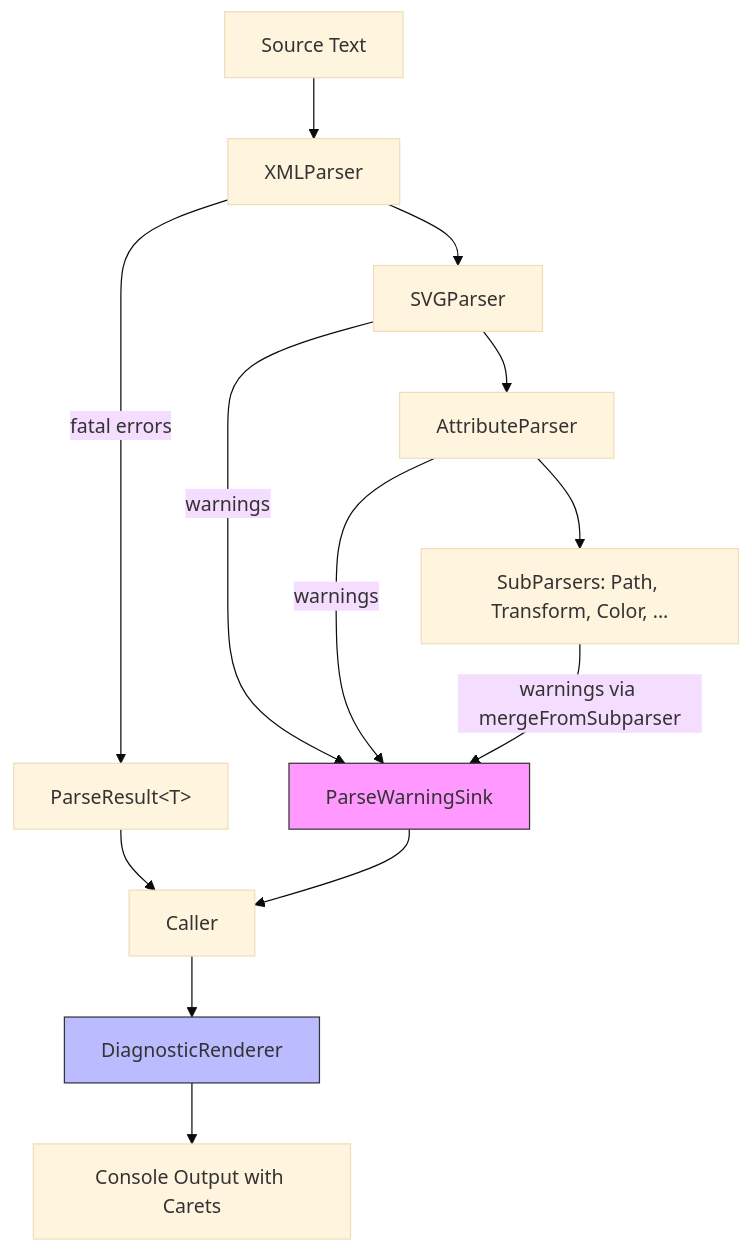
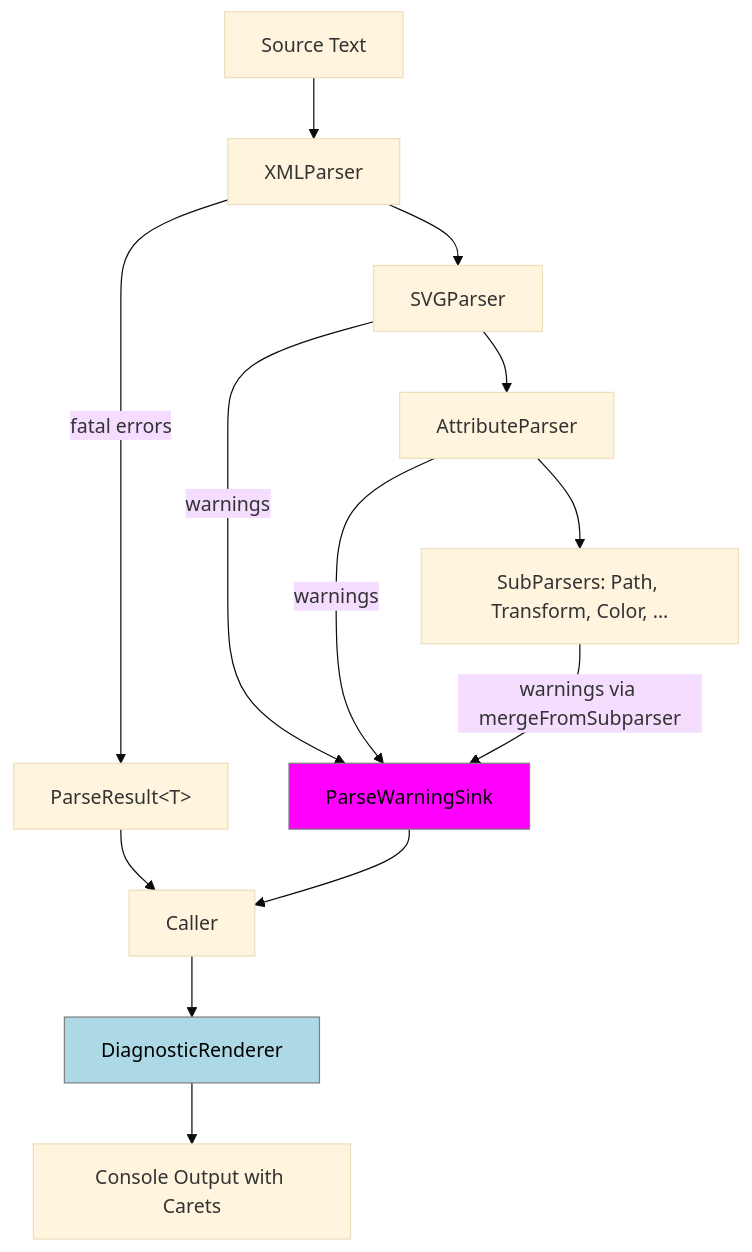
The diagram in docs/parser_diagnostics.md (jwmcglynn/donner), drawn with Mermaid (base theme) before and after one commit. The commit also changed 98 other files, not shown here.

````diff
--- a/docs/parser_diagnostics.md
+++ b/docs/parser_diagnostics.md
@@ -19,20 +19,22 @@
 ```mermaid
 flowchart TD
     A[Source Text] --> B[XMLParser]
     B --> C[SVGParser]
     C --> D[AttributeParser]
     D --> E["SubParsers: Path, Transform, Color, ..."]
 
     B -->|fatal errors| F["ParseResult&lt;T&gt;"]
     C -->|warnings| G[ParseWarningSink]
     D -->|warnings| G
     E -->|warnings via mergeFromSubparser| G
 
     F --> H[Caller]
     G --> H
     H --> I[DiagnosticRenderer]
     I --> J[Console Output with Carets]
 
-    style G fill:#f9f,stroke:#333
-    style I fill:#bbf,stroke:#333
+    classDef warn fill:magenta,stroke:gray,color:black
+    classDef diag fill:lightblue,stroke:gray,color:black
+    class G warn
+    class I diag
 ```
````
